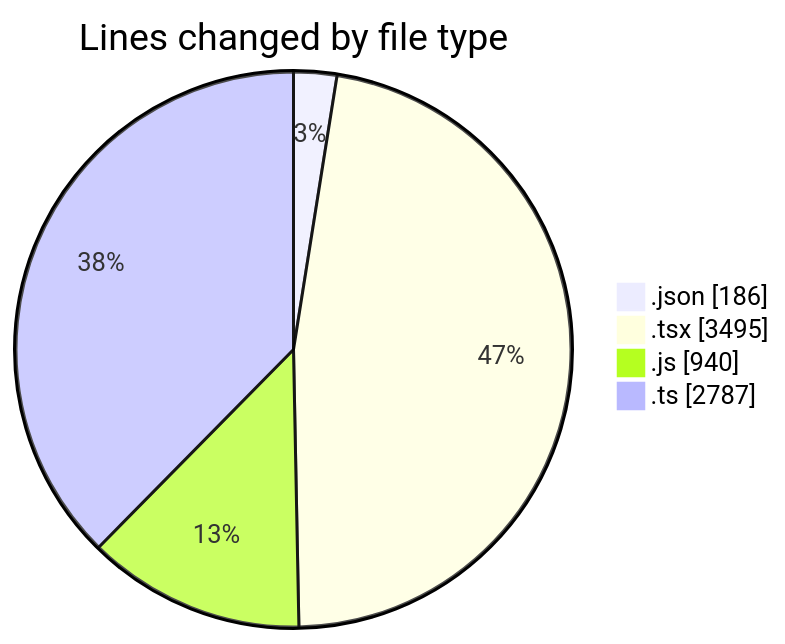
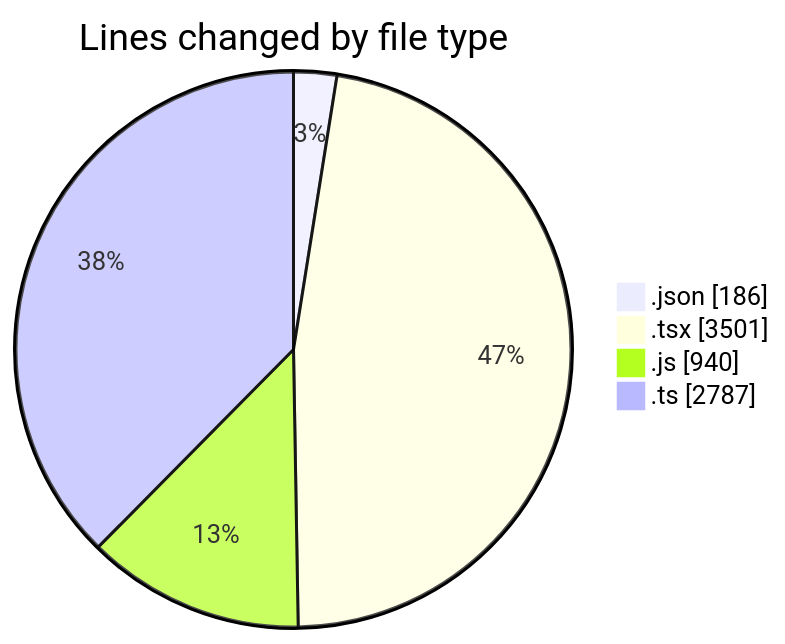
One commit to momahboobian/code-tracking changed the first of 2 diagrams in 2026-07-14/cda/README.md. Above: the diagram before and after it, drawn with Mermaid. The commit also changed other lines of this file and 1 other file, not shown here.

````diff
--- a/2026-07-14/cda/README.md
+++ b/2026-07-14/cda/README.md
@@ -52,8 +52,8 @@
 ```mermaid
 pie showData
 title Lines changed by file type
 ".json" : 186
-".tsx" : 3495
+".tsx" : 3501
 ".js" : 940
 ".ts" : 2787
 ```
````
